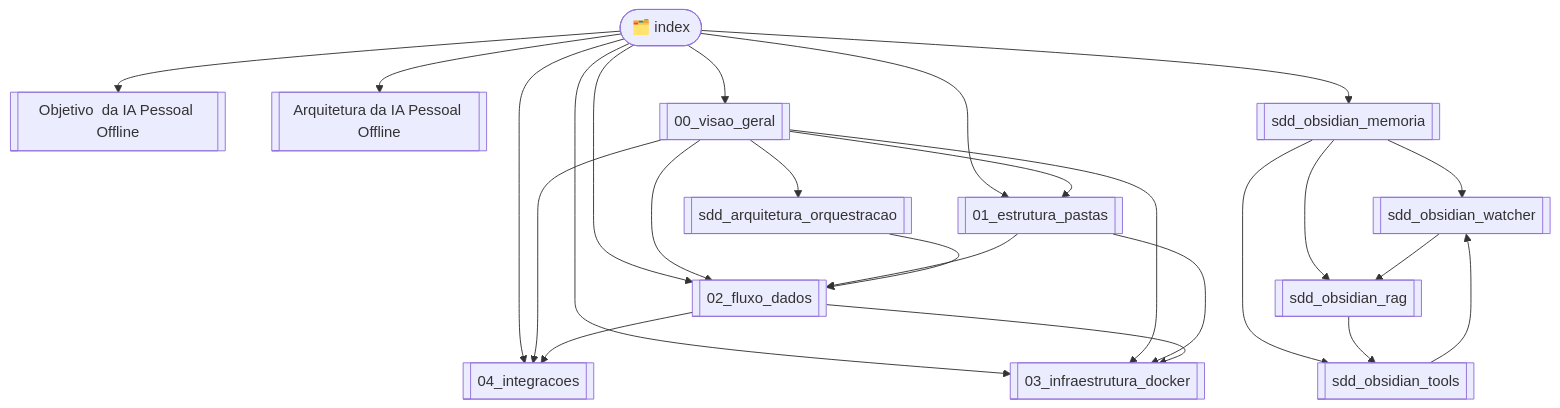
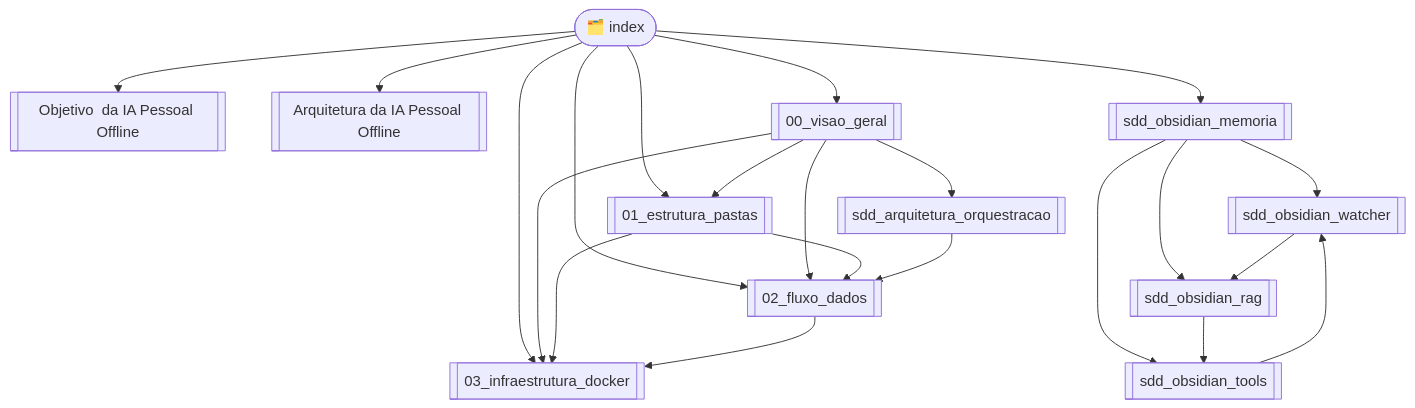
One commit to Brian5m1th/K.A.O.S changed the diagram in docs/index.md. Above: the diagram before and after it, drawn with Mermaid. The commit also changed other lines of this file and 13 other files, not shown here.

````diff
--- a/docs/index.md
+++ b/docs/index.md
@@ -59,34 +59,31 @@
 ```mermaid
 graph TD
     IDX([🗂️ index])
 
     IDX --> OBJ[[Objetivo  da IA Pessoal Offline]]
     IDX --> ARQ[[Arquitetura da IA Pessoal Offline]]
     IDX --> VG[[00_visao_geral]]
     IDX --> EP[[01_estrutura_pastas]]
     IDX --> FD[[02_fluxo_dados]]
     IDX --> INF[[03_infraestrutura_docker]]
-    IDX --> INT[[04_integracoes]]
     IDX --> MEM[[sdd_obsidian_memoria]]
 
     MEM --> WAT[[sdd_obsidian_watcher]]
     MEM --> RAG[[sdd_obsidian_rag]]
     MEM --> TOOLS[[sdd_obsidian_tools]]
 
     WAT --> RAG
     RAG --> TOOLS
     TOOLS --> WAT
 
     VG --> EP
     VG --> FD
     VG --> INF
-    VG --> INT
 
     EP --> FD
     EP --> INF
-    FD --> INT
     FD --> INF
 
     VG --> ORQ[[sdd_arquitetura_orquestracao]]
     ORQ --> FD
 ```
````
